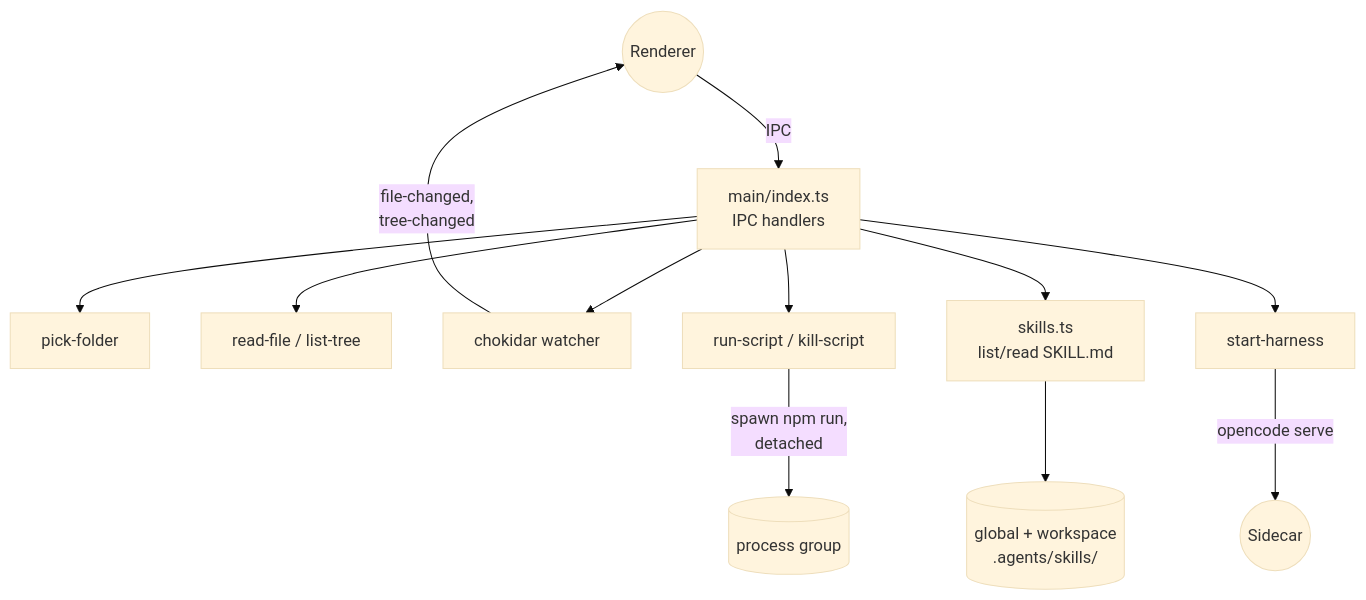
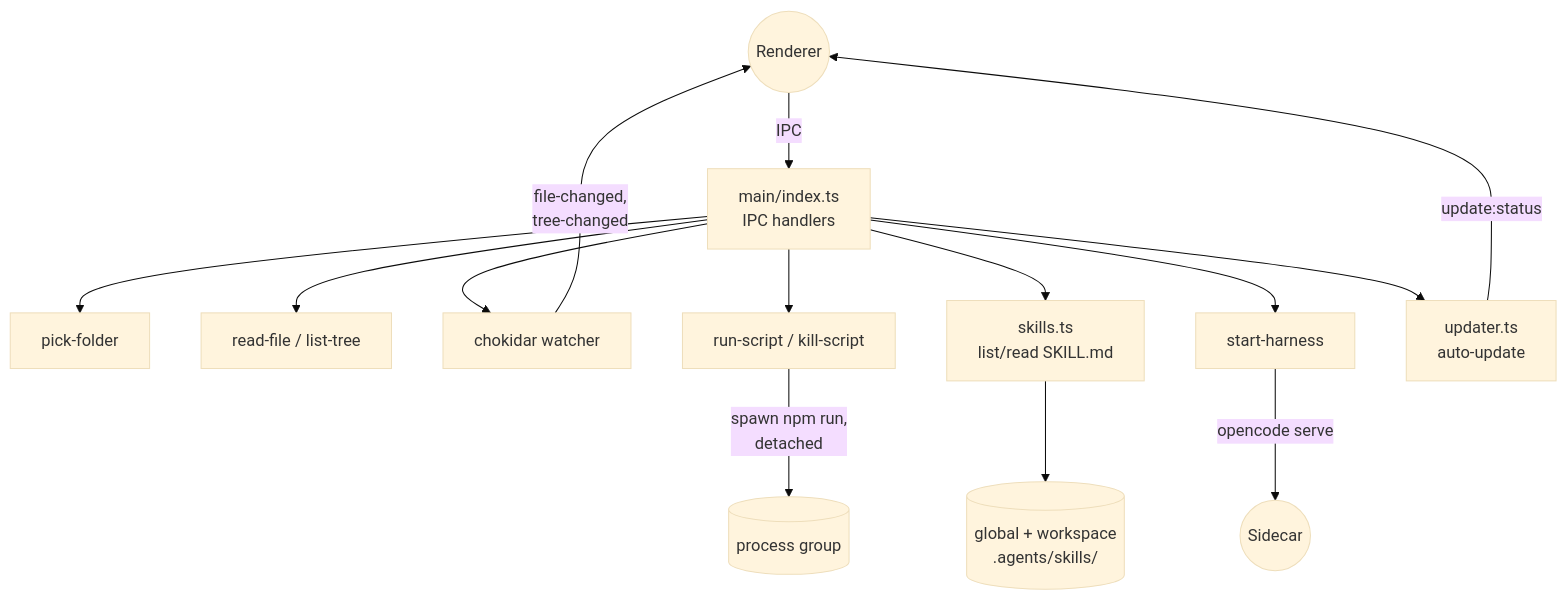
One commit to keithagroves/codeswim changed the diagram in architecture/main-process.md. Above: the diagram before and after it, drawn with Mermaid (base theme). The commit also changed other lines of this file and 8 other files, not shown here.

First line of the commit message:
feat: diagram-coverage section in the sidebar

````diff
--- a/architecture/main-process.md
+++ b/architecture/main-process.md
@@ -14,26 +14,29 @@
 ```mermaid
 flowchart TD
     Renderer((Renderer)) -->|IPC| Index[main/index.ts<br/>IPC handlers]
     Index --> Picker[pick-folder]
     Index --> Reader[read-file / list-tree]
     Index --> Watcher[chokidar watcher]
     Index --> Scripts[run-script / kill-script]
     Index --> Skills[skills.ts<br/>list/read SKILL.md]
     Index --> Harness[start-harness]
+    Index --> Updater[updater.ts<br/>auto-update]
+    Updater -->|update:status| Renderer
     Watcher -->|file-changed,<br/>tree-changed| Renderer
     Scripts -->|spawn npm run,<br/>detached| Group[(process group)]
     Harness -->|opencode serve| Sidecar((Sidecar))
     Skills --> SkillFs[(global + workspace<br/>.agents/skills/)]
 
     click Renderer call navigate("../overview.md")
     click Picker call navigate("../apps/desktop/src/main/index.ts")
     click Reader call navigate("../apps/desktop/src/main/index.ts")
     click Watcher call navigate("../apps/desktop/src/main/index.ts")
     click Scripts call navigate("../apps/desktop/src/main/index.ts")
     click Group call navigate("./main-process.md")
     click Sidecar call navigate("./agent-harness.md")
     click SkillFs call navigate("./main-process.md")
     click Index call navigate("../apps/desktop/src/main/index.ts")
     click Skills call navigate("../packages/domain-skills/src/skills.ts")
     click Harness call navigate("./agent-harness.md")
+    click Updater call navigate("../apps/desktop/src/main/updater.ts")
 ```
````
